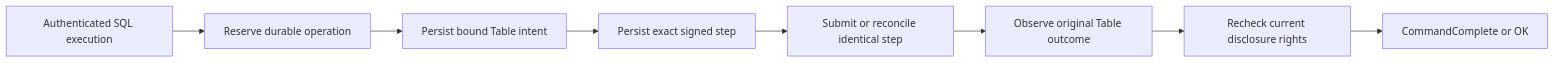
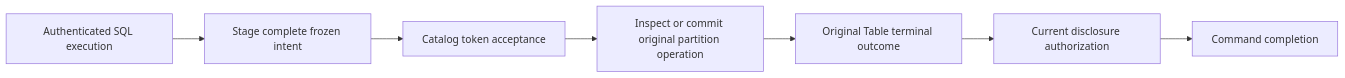
Before and after one commit to spoke-sh/transit: the first of 2 diagrams in docs/handbook/internals/service-interfaces.md, drawn with Mermaid. The commit also changed other lines of this file and 231 other files, not shown here.

````diff
--- a/docs/handbook/internals/service-interfaces.md
+++ b/docs/handbook/internals/service-interfaces.md
@@ -62,10 +63,9 @@
 ```mermaid
 flowchart LR
-    Socket[Authenticated SQL execution] --> Reserve[Reserve durable operation]
-    Reserve --> Intent[Persist bound Table intent]
-    Intent --> Saved[Persist exact signed step]
-    Saved --> Send[Submit or reconcile identical step]
-    Send --> Evidence[Observe original Table outcome]
-    Evidence --> Rights[Recheck current disclosure rights]
-    Rights --> Reply[CommandComplete or OK]
+    Socket[Authenticated SQL execution] --> Intent[Stage complete frozen intent]
+    Intent --> Accept[Catalog token acceptance]
+    Accept --> Commit[Inspect or commit original partition operation]
+    Commit --> Evidence[Original Table terminal outcome]
+    Evidence --> Rights[Current disclosure authorization]
+    Rights --> Reply[Command completion]
 ```
````
